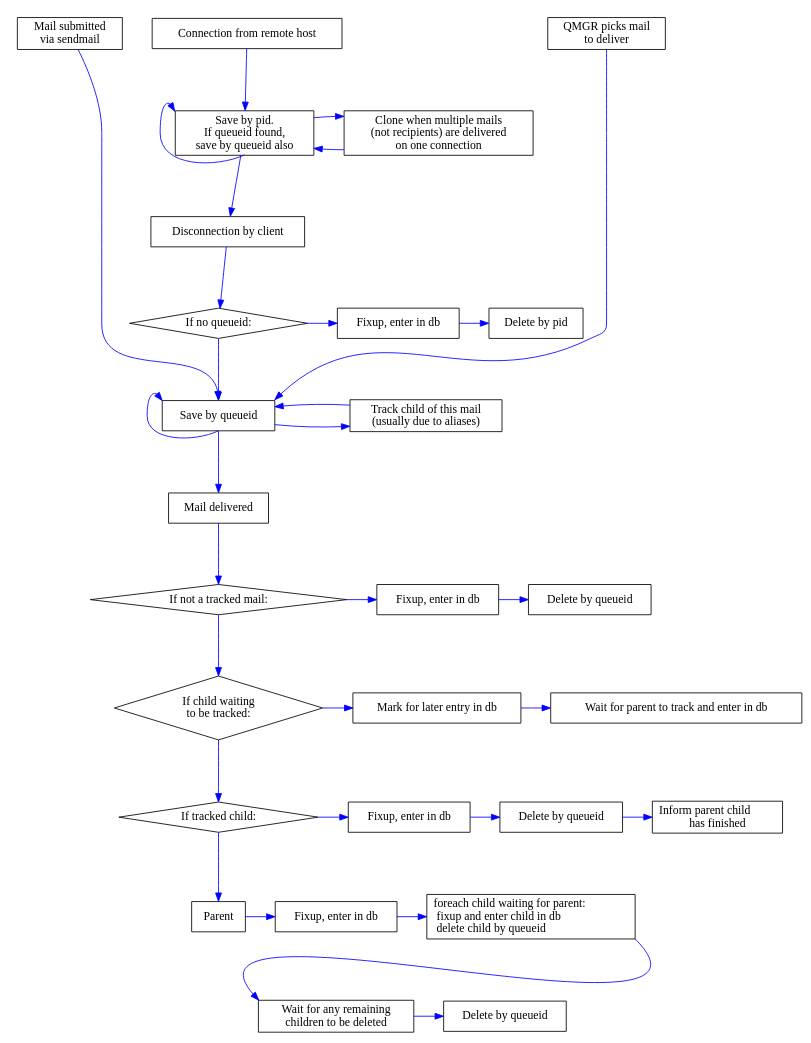
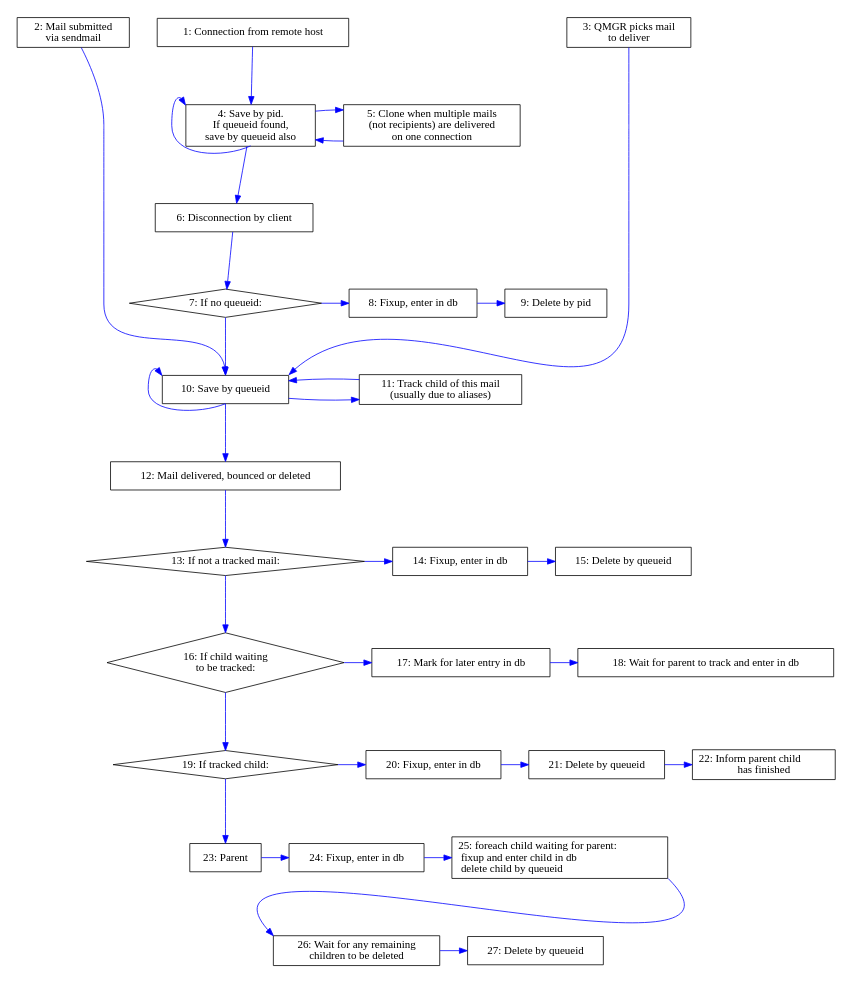
The diagram in doc/logparser-flow-chart.dot (tobinjt/ASO), drawn with Graphviz before and after one commit. The commit also changed 1 other file, not shown here.

Commit message:
Major work: two thirds of the full algorithm description is written; it definitely requires editing and proof reading by someone not intimately connected with the code. There are supporting changes to the flow chart; they are minor but pervasive. Added assumptions section to Background. Explanatory comment added to the flowchart to clarify what it describes. Added actions in detail section; the skeleton is there, but it needs to be filled out. Expanded the limitations and improvements sections. Various punctuation corrections based on reading Eats, Shoots and Leaves. Various minor improvements suggested by chktex; they won't make any substantive difference but they should improve the appearance of the generated paper somewhat.

```diff
--- a/doc/logparser-flow-chart.dot
+++ b/doc/logparser-flow-chart.dot
@@ -1,172 +1,170 @@
 /* vim: set textwidth=160 : */
 /* $Id$ */
 
 digraph logparser {
     graph [
-        size = "6.8, 7.7"
+        size = "6.8, 7.3"
         margin = "0"
         center = true
-//        label = "Logparser flowchart"
-        labelloc = "t"
     ]
     node [
         shape = box
     ]
     edge [
         color = blue
         fontcolor = red
         minlen = 2
     ]
 
     /* EDGES */
     /* Connect from client */
     connect                         -> { save_by_pid }
     save_by_pid                     -> { save_by_pid } [dir = back, headport = s, tailport = nw]
     save_by_pid                     -> { disconnect }
     clone                           -> { save_by_pid }
     save_by_pid                     -> { clone }
 
     /* Disconnect without queueid */
     disconnect                      -> { if_no_queueid }
     if_no_queueid                   -> { fixup_enter_in_db_disconnect }
     fixup_enter_in_db_disconnect    -> { delete_by_pid_disconnect }
 
     /* Disconnect with queueid */
     if_no_queueid                   -> { save_by_queueid } [weight = 5]
 
     /* Misc entry */
     pickup                          -> { save_by_queueid } [headport = n]
     qmgr_chooses_mail               -> { save_by_queueid } [headport = ne]
     /* Graph placement */
     connect                         -> { pickup } [style = invis, weight = 0]
     connect                         -> { qmgr_chooses_mail } [style = invis, weight = 0]
 
     /* Save results by queueid */
     save_by_queueid                 -> { track } [minlen = 5]
     track                           -> { save_by_queueid }
     save_by_queueid                 -> { save_by_queueid } [dir = back, headport = s, tailport = nw]
     save_by_queueid                 -> { commit }
 
     /* Commit is complicated */
     /* Neither parent nor child. */
     commit                          -> { if_neither_parent_nor_child }
     if_neither_parent_nor_child     -> { fixup_enter_in_db_npc }
     fixup_enter_in_db_npc           -> { delete_npc }
     /* Untracked child */
     if_neither_parent_nor_child     -> { if_untracked_child }
     if_untracked_child              -> { mark_for_commit }
     mark_for_commit                 -> { wait_for_parent_to_commit_me }
     if_untracked_child              -> { if_tracked_child }
     /* Tracked child */
     if_tracked_child                -> { fixup_enter_in_db_tc }
     fixup_enter_in_db_tc            -> { delete_tc }
     delete_tc                       -> { maybe_delete_parent }
     /* Parent */
     if_tracked_child                -> { parent }
     parent                          -> { fixup_enter_in_db_parent }
     fixup_enter_in_db_parent        -> { commit_children }
     /* This next edge pulls wait_for_children_to_be_deleted leftwards */
     fixup_enter_in_db_parent        -> { wait_for_children_to_be_deleted } [style = invis]
     commit_children                 -> { wait_for_children_to_be_deleted } [headport = nw, tailport = se, weight = 0]
     wait_for_children_to_be_deleted -> { delete_parent }
 
     /* NODE LABELS */
-    save_by_pid                     [label = "Save by pid.\nIf queueid found,\nsave by queueid also"]
-    connect                         [label = "Connection from remote host"]
-    clone                           [label = "Clone when multiple mails\n(not recipients) are delivered\non one connection"]
+    save_by_pid                     [label = "4: Save by pid.\nIf queueid found,\nsave by queueid also"]
+    connect                         [label = "1: Connection from remote host"]
+    clone                           [label = "5: Clone when multiple mails\n(not recipients) are delivered\non one connection"]
 
     /* Disconnect without queueid */
-    disconnect                      [label = "Disconnection by client"]
-    if_no_queueid                   [label = "If no queueid:", shape = diamond]
-    fixup_enter_in_db_disconnect    [label = "Fixup, enter in db"]
-    delete_by_pid_disconnect        [label = "Delete by pid"]
+    disconnect                      [label = "6: Disconnection by client"]
+    if_no_queueid                   [label = "7: If no queueid:", shape = diamond]
+    fixup_enter_in_db_disconnect    [label = "8: Fixup, enter in db"]
+    delete_by_pid_disconnect        [label = "9: Delete by pid"]
 
     /* Disconnect with queueid - already covered */
 
     /* Misc entry */
-    pickup                          [label = "Mail submitted\nvia sendmail"]
-    qmgr_chooses_mail               [label = "QMGR picks mail\nto deliver"]
+    pickup                          [label = "2: Mail submitted\nvia sendmail"]
+    qmgr_chooses_mail               [label = "3: QMGR picks mail\nto deliver"]
 
     /* Save results by queueid */
-    save_by_queueid                 [label = "Save by queueid"]
-    track                           [label = "Track child of this mail\n(usually due to aliases)"]
+    save_by_queueid                 [label = "10: Save by queueid"]
+    track                           [label = "11: Track child of this mail\n(usually due to aliases)"]
 
     /* Commit is complicated */
     /* Neither parent nor child. */
-    commit                          [label = "Mail delivered"]
-    if_neither_parent_nor_child     [label = "If not a tracked mail:", shape = diamond]
-    fixup_enter_in_db_npc           [label = "Fixup, enter in db"]
-    delete_npc                      [label = "Delete by queueid"]
+    commit                          [label = "12: Mail delivered, bounced or deleted"]
+    if_neither_parent_nor_child     [label = "13: If not a tracked mail:", shape = diamond]
+    fixup_enter_in_db_npc           [label = "14: Fixup, enter in db"]
+    delete_npc                      [label = "15: Delete by queueid"]
 
     /* Untracked child */
-    if_untracked_child              [label = "If child waiting\nto be tracked:", shape = diamond]
-    mark_for_commit                 [label = "Mark for later entry in db"]
-    wait_for_parent_to_commit_me    [label = "Wait for parent to track and enter in db"]
+    if_untracked_child              [label = "16: If child waiting\nto be tracked:", shape = diamond]
+    mark_for_commit                 [label = "17: Mark for later entry in db"]
+    wait_for_parent_to_commit_me    [label = "18: Wait for parent to track and enter in db"]
 
     /* Tracked child */
-    if_tracked_child                [label = "If tracked child:", shape = diamond]
-    fixup_enter_in_db_tc            [label = "Fixup, enter in db"]
-    delete_tc                       [label = "Delete by queueid"]
-    maybe_delete_parent             [label = "Inform parent child\lhas finished"]
+    if_tracked_child                [label = "19: If tracked child:", shape = diamond]
+    fixup_enter_in_db_tc            [label = "20: Fixup, enter in db"]
+    delete_tc                       [label = "21: Delete by queueid"]
+    maybe_delete_parent             [label = "22: Inform parent child\lhas finished"]
 
     /* Parent */
-    parent                          [label = "Parent"]
-    fixup_enter_in_db_parent        [label = "Fixup, enter in db"]
-    commit_children                 [label = "foreach child waiting for parent:\l  fixup and enter child in db\l  delete child by queueid\l", labeljust = l]
-    delete_parent                   [label = "Delete by queueid"]
-    wait_for_children_to_be_deleted [label = "Wait for any remaining \nchildren to be deleted"]
+    parent                          [label = "23: Parent"]
+    fixup_enter_in_db_parent        [label = "24: Fixup, enter in db"]
+    commit_children                 [label = "25: foreach child waiting for parent:\l  fixup and enter child in db\l  delete child by queueid\l", labeljust = l]
+    wait_for_children_to_be_deleted [label = "26: Wait for any remaining \nchildren to be deleted"]
+    delete_parent                   [label = "27: Delete by queueid"]
 
     /* SUB-GRAPHS */
     subgraph sources {
         rank = source
         pickup
         qmgr_chooses_mail
         connect
     }
     subgraph clone_or_save {
         rank = same
         clone
         save_by_pid
     }
     subgraph disconnect_without_queueid {
         rank = same
         if_no_queueid
         fixup_enter_in_db_disconnect
         delete_by_pid_disconnect
     }
     subgraph save_or_track {
         rank = same
         track
         save_by_queueid
     }
     subgraph not_tracked {
         rank = same
         if_neither_parent_nor_child
         fixup_enter_in_db_npc
         delete_npc
     }
     subgraph untracked_child {
         rank = same
         if_untracked_child
         mark_for_commit
         wait_for_parent_to_commit_me
     }
     subgraph tracked_child {
         rank = same
         if_tracked_child
         fixup_enter_in_db_tc
         delete_tc
         maybe_delete_parent
     }
     subgraph parent {
         rank = same
         parent
         fixup_enter_in_db_parent
         commit_children
     }
     subgraph parent_waiting {
         rank = same
         wait_for_children_to_be_deleted
         delete_parent
     }
 }
```
